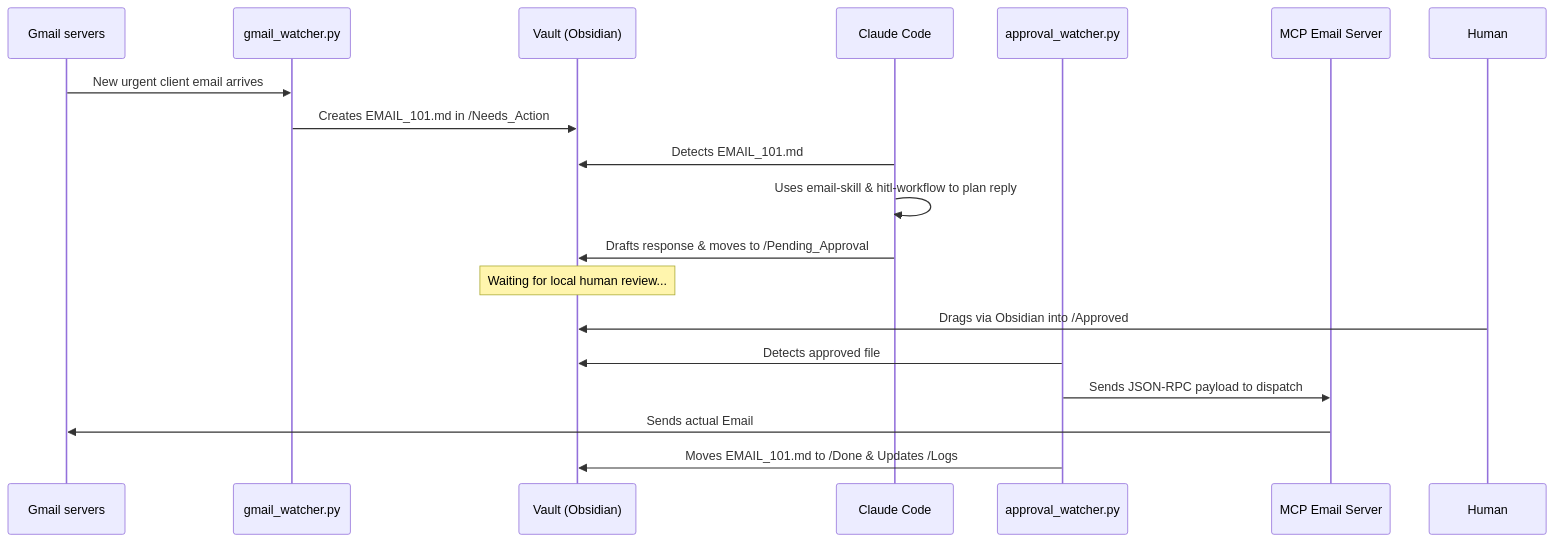
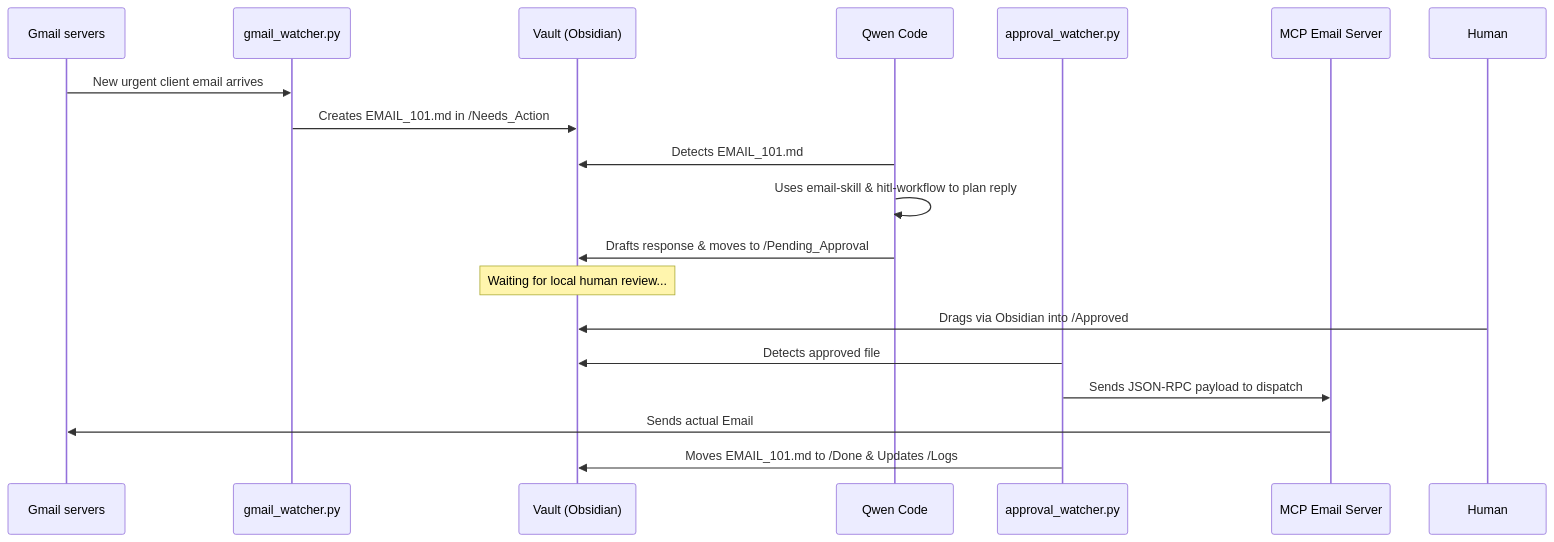
Before and after one commit to AbdulSamad94/Personal-AI-Employee: the second of 4 diagrams in README.md, drawn with Mermaid. The commit also changed other lines of this file and 19 other files, not shown here.

````diff
--- a/README.md
+++ b/README.md
@@ -145,21 +145,21 @@
 ```mermaid
 sequenceDiagram
     participant Web as Gmail servers
     participant GW as gmail_watcher.py
     participant V as Vault (Obsidian)
-    participant C as Claude Code
+    participant Q as Qwen Code
     participant AW as approval_watcher.py
     participant MCP as MCP Email Server
     
     Web->>GW: New urgent client email arrives
     GW->>V: Creates EMAIL_101.md in /Needs_Action
-    C->>V: Detects EMAIL_101.md
-    C->>C: Uses email-skill & hitl-workflow to plan reply
-    C->>V: Drafts response & moves to /Pending_Approval
+    Q->>V: Detects EMAIL_101.md
+    Q->>Q: Uses email-skill & hitl-workflow to plan reply
+    Q->>V: Drafts response & moves to /Pending_Approval
     Note over V: Waiting for local human review...
     Human->>V: Drags via Obsidian into /Approved
     AW->>V: Detects approved file
     AW->>MCP: Sends JSON-RPC payload to dispatch
     MCP->>Web: Sends actual Email
     AW->>V: Moves EMAIL_101.md to /Done & Updates /Logs
 ```
````
